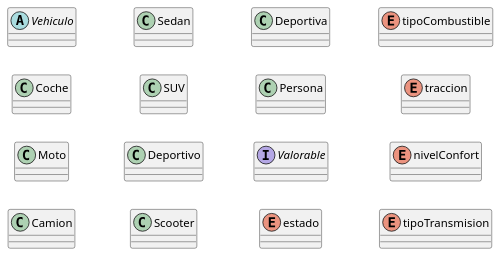
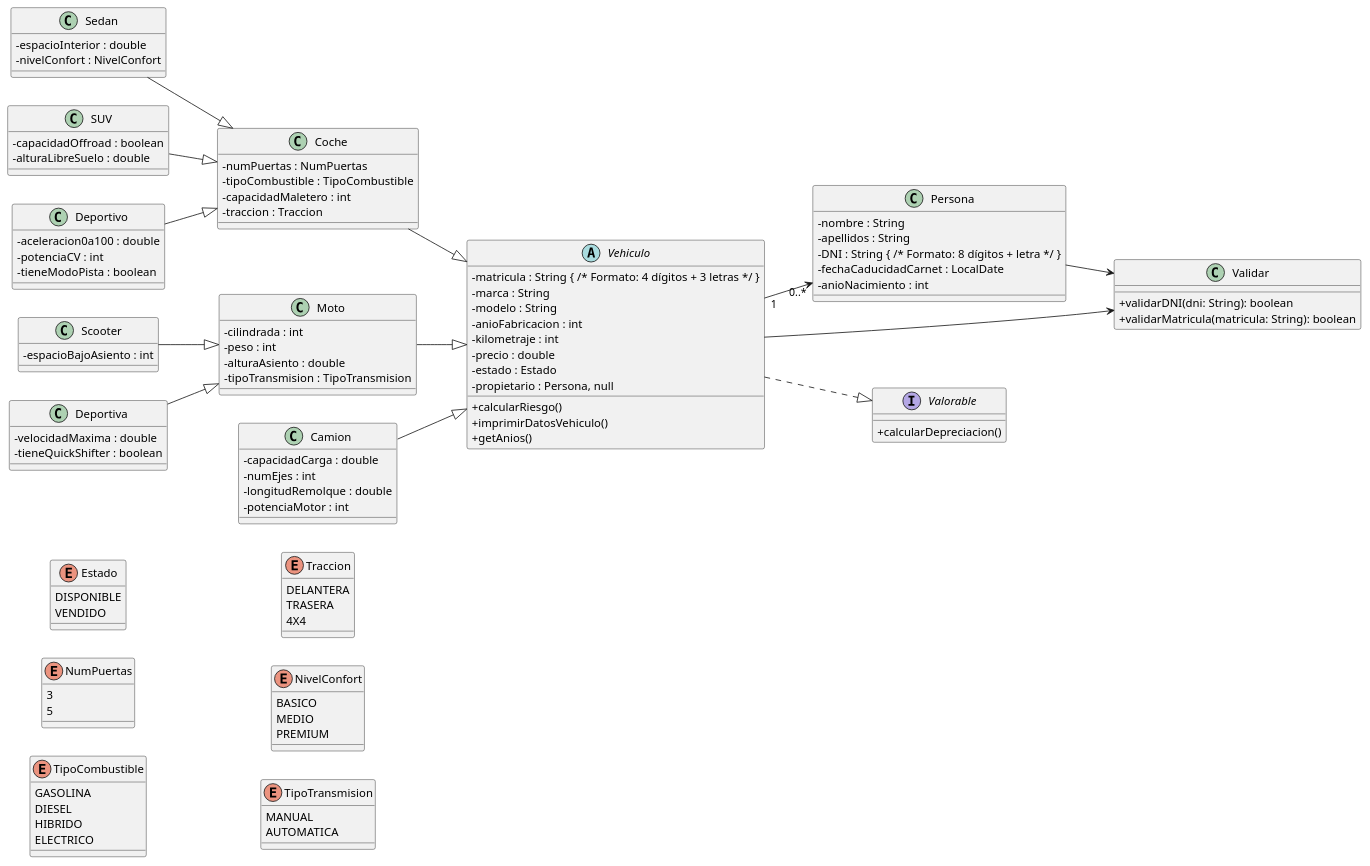
The diagram in uml/diagramaClases.puml (RafaAlu/UT5_ED_Prog), drawn with PlantUML before and after one commit. The commit also changed 1 other file, not shown here.

Commit message:
Generado el diagrama en formato .svg

```diff
--- a/uml/diagramaClases.puml
+++ b/uml/diagramaClases.puml
@@ -1,68 +1,128 @@
 @startuml
 skinparam classAttributeIconSize 0
 left to right direction
 
+class Persona {
+    -nombre : String
+    -apellidos : String
+    -DNI : String { /* Formato: 8 dígitos + letra */ }
+    -fechaCaducidadCarnet : LocalDate
+    -anioNacimiento : int
+}
+
 abstract class Vehiculo {
-
+    -matricula : String { /* Formato: 4 dígitos + 3 letras */ }
+    -marca : String
+    -modelo : String
+    -anioFabricacion : int
+    -kilometraje : int
+    -precio : double
+    -estado : Estado
+    -propietario : Persona, null
+    +calcularRiesgo()
+    +imprimirDatosVehiculo()
+    +getAnios()
 }
 
 class Coche {
-
+    -numPuertas : NumPuertas
+    -tipoCombustible : TipoCombustible
+    -capacidadMaletero : int
+    -traccion : Traccion
 }
 
 class Moto {
-
+    -cilindrada : int
+    -peso : int
+    -alturaAsiento : double
+    -tipoTransmision : TipoTransmision
 }
 
 class Camion {
-
+    -capacidadCarga : double
+    -numEjes : int
+    -longitudRemolque : double
+    -potenciaMotor : int
 }
 
 class Sedan {
-
+    -espacioInterior : double
+    -nivelConfort : NivelConfort
 }
 
 class SUV {
-
+    -capacidadOffroad : boolean
+    -alturaLibreSuelo : double
 }
 
 class Deportivo {
-
+    -aceleracion0a100 : double
+    -potenciaCV : int
+    -tieneModoPista : boolean
 }
 
 class Scooter {
-
+    -espacioBajoAsiento : int
 }
 
 class Deportiva {
-
+    -velocidadMaxima : double
+    -tieneQuickShifter : boolean
 }
 
-class Persona {
-
+class Validar {
+    +validarDNI(dni: String): boolean
+    +validarMatricula(matricula: String): boolean
 }
 
 interface Valorable {
-
+    +calcularDepreciacion()
 }
 
-enum estado {
-
+enum Estado {
+    DISPONIBLE
+    VENDIDO
 }
 
-enum tipoCombustible {
-
+enum NumPuertas {
+    3
+    5
 }
 
-enum traccion {
-
+enum TipoCombustible {
+    GASOLINA
+    DIESEL
+    HIBRIDO
+    ELECTRICO
 }
 
-enum nivelConfort {
-
+enum Traccion {
+    DELANTERA
+    TRASERA
+    4X4
 }
 
-enum tipoTransmision {
+enum NivelConfort {
+    BASICO
+    MEDIO
+    PREMIUM
+}
 
+enum TipoTransmision {
+    MANUAL
+    AUTOMATICA
 }
+
+Coche --|> Vehiculo
+Moto --|> Vehiculo
+Camion --|> Vehiculo
+Sedan --|> Coche
+SUV --|> Coche
+Deportivo --|> Coche
+Scooter --|> Moto
+Deportiva --|> Moto
+Vehiculo "1"-->"0..*" Persona
+Vehiculo ..|> Valorable
+Vehiculo --> Validar
+Persona --> Validar
 @enduml
```
